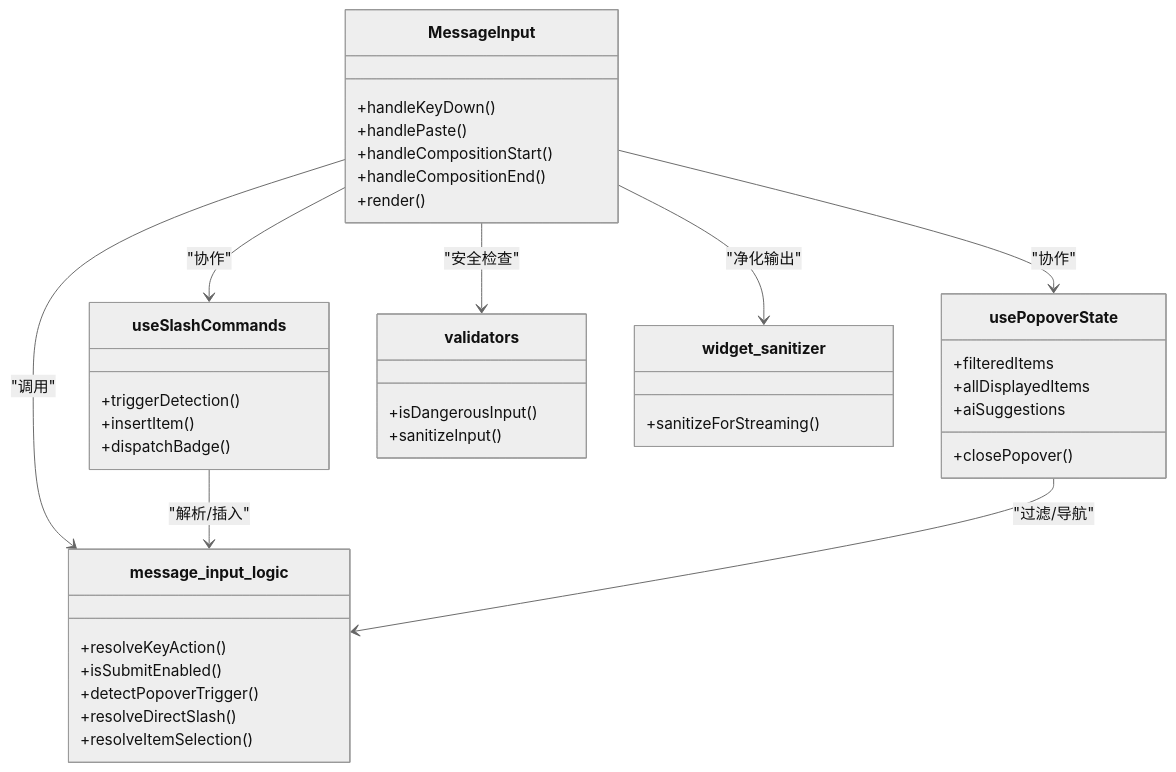
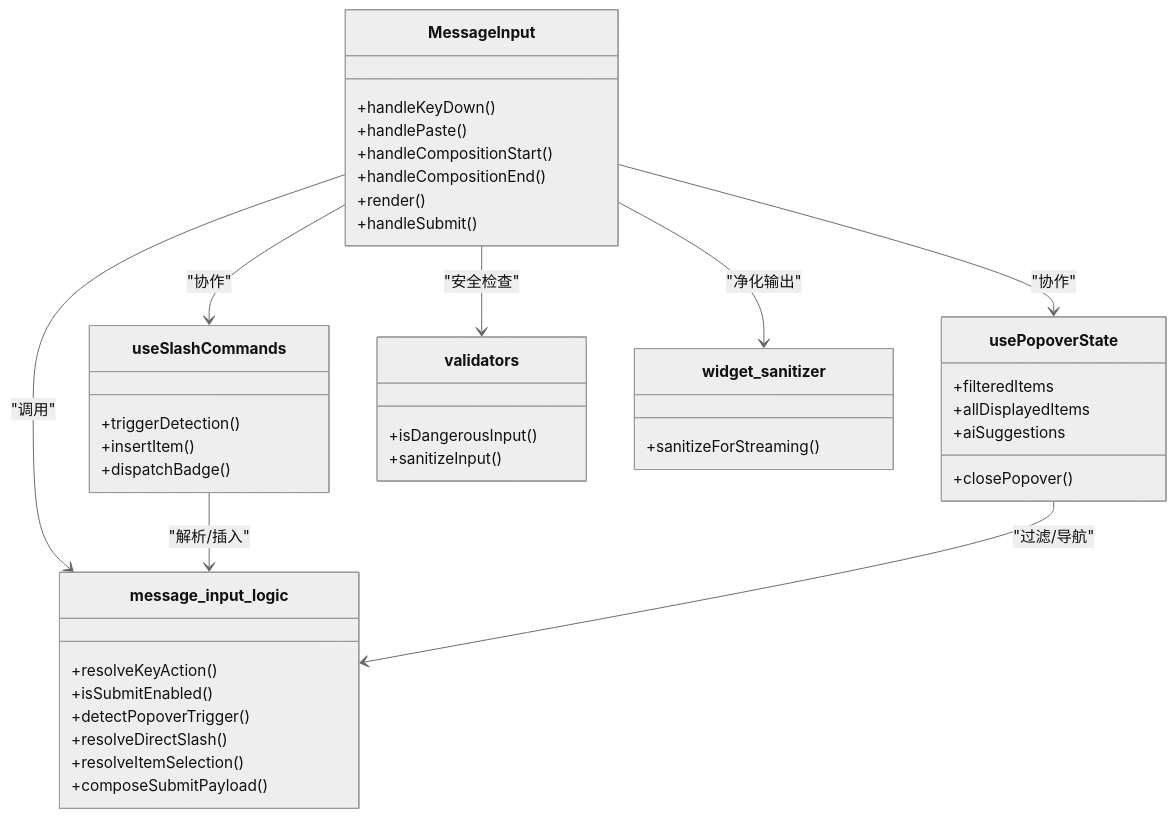
Before and after one commit to haolange/CodePilot: the fifth of 5 diagrams in .qoder/repowiki/zh/content/核心功能/聊天对话系统/输入交互处理.md, drawn with Mermaid (neutral theme). The commit also changed other lines of this file and 8 other files, not shown here.

````diff
--- a/.qoder/repowiki/zh/content/核心功能/聊天对话系统/输入交互处理.md
+++ b/.qoder/repowiki/zh/content/核心功能/聊天对话系统/输入交互处理.md
@@ -231,42 +279,44 @@
 ```mermaid
 classDiagram
 class MessageInput {
 +handleKeyDown()
 +handlePaste()
 +handleCompositionStart()
 +handleCompositionEnd()
 +render()
++handleSubmit()
 }
 class message_input_logic {
 +resolveKeyAction()
 +isSubmitEnabled()
 +detectPopoverTrigger()
 +resolveDirectSlash()
 +resolveItemSelection()
++composeSubmitPayload()
 }
 class useSlashCommands {
 +triggerDetection()
 +insertItem()
 +dispatchBadge()
 }
 class usePopoverState {
 +filteredItems
 +allDisplayedItems
 +aiSuggestions
 +closePopover()
 }
 class validators {
 +isDangerousInput()
 +sanitizeInput()
 }
 class widget_sanitizer {
 +sanitizeForStreaming()
 }
 MessageInput --> message_input_logic : "调用"
 MessageInput --> useSlashCommands : "协作"
 MessageInput --> usePopoverState : "协作"
 MessageInput --> validators : "安全检查"
 MessageInput --> widget_sanitizer : "净化输出"
 useSlashCommands --> message_input_logic : "解析/插入"
 usePopoverState --> message_input_logic : "过滤/导航"
 ```
````
